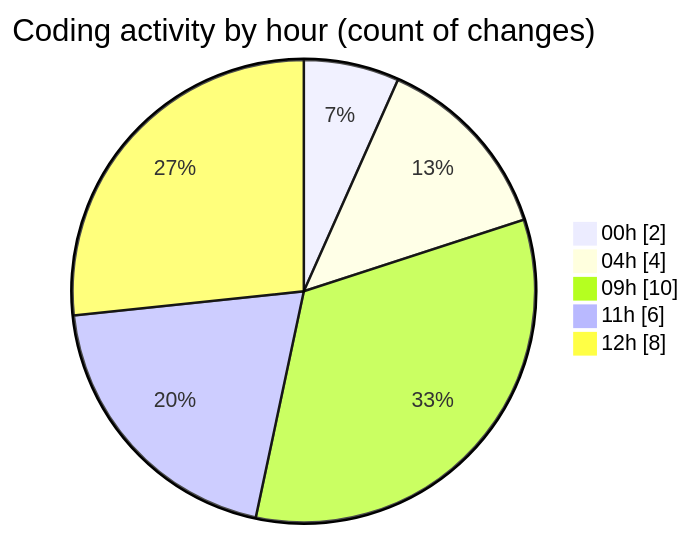
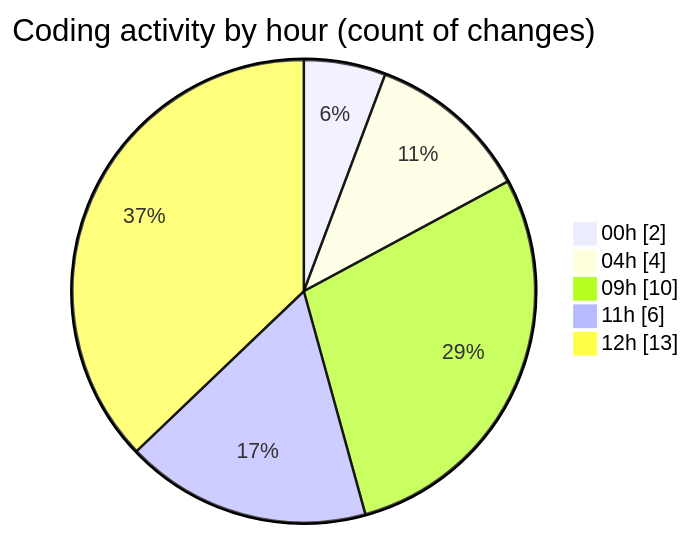
One commit to julien-gomy/code-tracking changed the second of 2 diagrams in 2025-10-28/eventscop-frontend-guide__workspace_/README.md. Above: the diagram before and after it, drawn with Mermaid. The commit also changed other lines of this file and 1 other file, not shown here.

````diff
--- a/2025-10-28/eventscop-frontend-guide__workspace_/README.md
+++ b/2025-10-28/eventscop-frontend-guide__workspace_/README.md
@@ -37,9 +38,9 @@
 ```mermaid
 pie showData
 title Coding activity by hour (count of changes)
 "00h" : 2
 "04h" : 4
 "09h" : 10
 "11h" : 6
-"12h" : 8
+"12h" : 13
 ```
````
